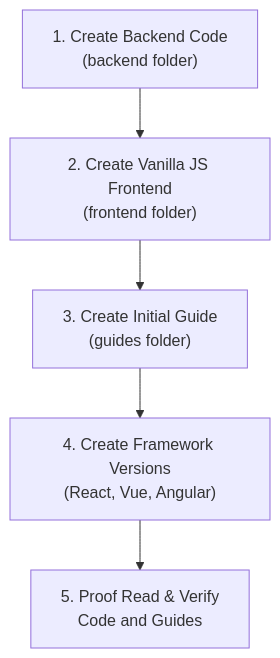
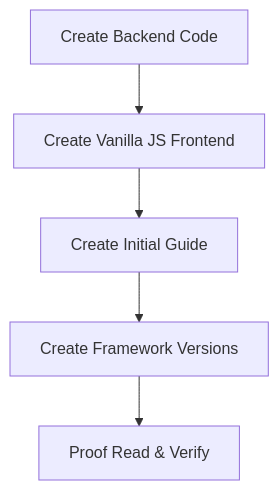
The diagram in README.md (ritza-co/bryntum-backend-quickstart-guides), drawn with Mermaid before and after one commit.

Commit message:
fix: mermaid diagram again

````diff
--- a/README.md
+++ b/README.md
@@ -70,8 +70,8 @@
 ```mermaid
 graph TD
-    A["1. Create Backend Code<br/>(backend folder)"] --> B
-    B["2. Create Vanilla JS Frontend<br/>(frontend folder)"] --> C
-    C["3. Create Initial Guide<br/>(guides folder)"] --> D
-    D["4. Create Framework Versions<br/>(React, Vue, Angular)"] --> E
-    E["5. Proof Read & Verify<br/>Code and Guides"]
+    A[Create Backend Code] --> B
+    B[Create Vanilla JS Frontend] --> C
+    C[Create Initial Guide] --> D
+    D[Create Framework Versions] --> E
+    E[Proof Read & Verify]
 ```
````
